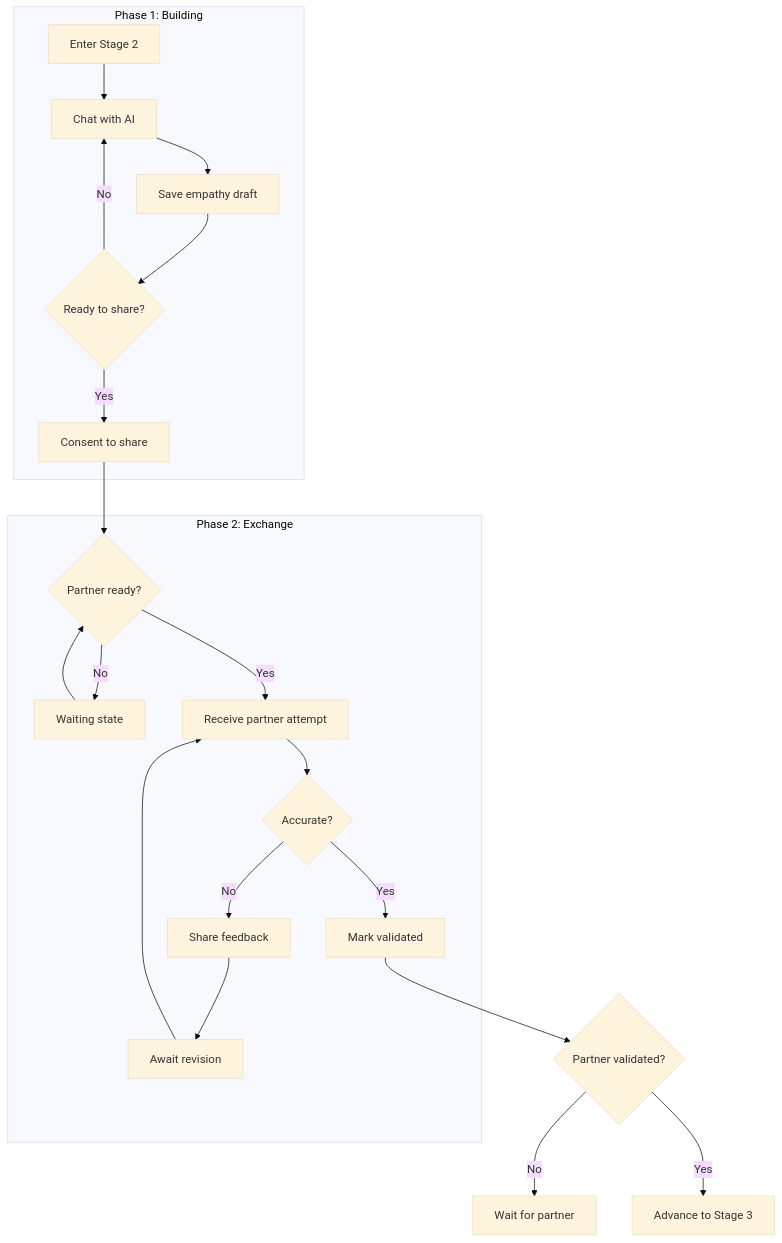
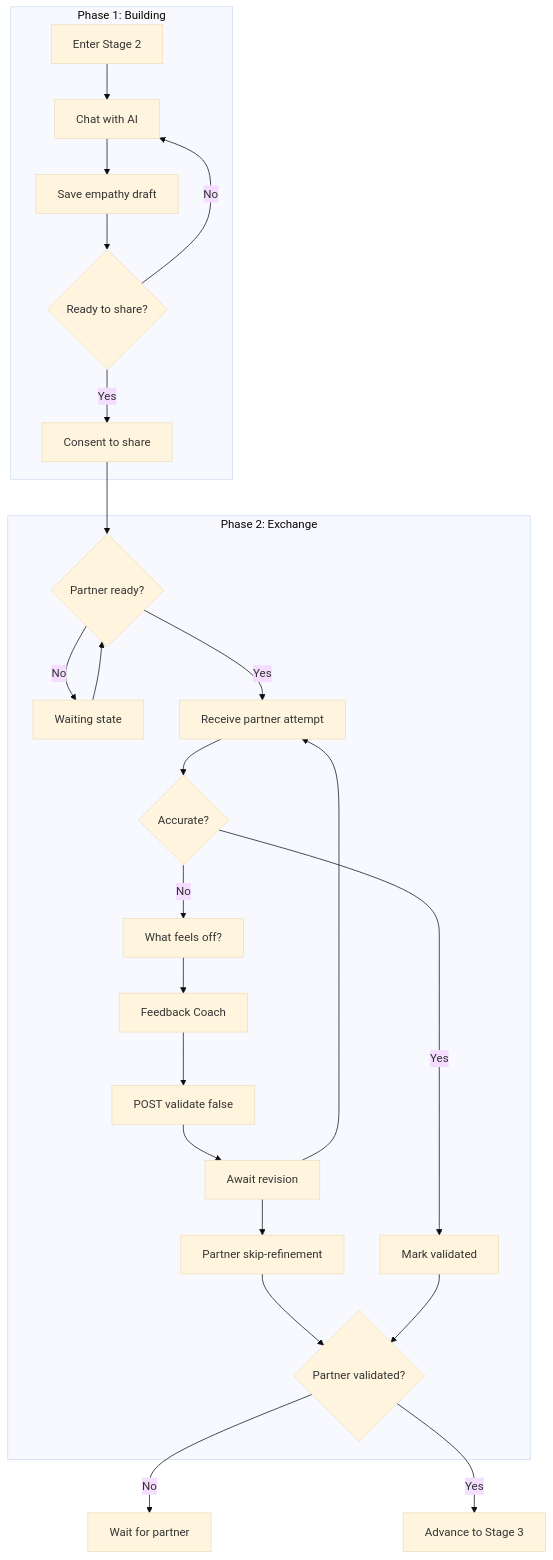
The diagram in docs/backend/api/stage-2.md (shantamg/meet-without-fear), drawn with Mermaid (base theme) before and after one commit. The commit also changed other lines of this file and 32 other files, not shown here.

Commit message:
implement stage 2 feedback coach flow

````diff
--- a/docs/backend/api/stage-2.md
+++ b/docs/backend/api/stage-2.md
@@ -315,26 +343,30 @@
 ```mermaid
 flowchart TD
     subgraph Phase1[Phase 1: Building]
         Enter[Enter Stage 2] --> Chat[Chat with AI]
         Chat --> Draft[Save empathy draft]
         Draft --> Refine{Ready to share?}
         Refine -->|No| Chat
         Refine -->|Yes| Consent[Consent to share]
     end
 
     subgraph Phase2[Phase 2: Exchange]
         Consent --> Wait{Partner ready?}
         Wait -->|No| WaitState[Waiting state]
         WaitState --> Wait
         Wait -->|Yes| Receive[Receive partner attempt]
         Receive --> Validate{Accurate?}
-        Validate -->|No| Feedback[Share feedback]
+        Validate -->|No| Rough[What feels off?]
+        Rough --> Coach[Feedback Coach]
+        Coach --> Feedback[POST validate false]
         Feedback --> AwaitRevision[Await revision]
         AwaitRevision --> Receive
+        AwaitRevision --> Skip[Partner skip-refinement]
+        Skip --> PartnerValidated
         Validate -->|Yes| Confirmed[Mark validated]
     end
 
     Confirmed --> PartnerValidated{Partner validated?}
     PartnerValidated -->|No| WaitValidation[Wait for partner]
     PartnerValidated -->|Yes| Advance[Advance to Stage 3]
 ```
````
